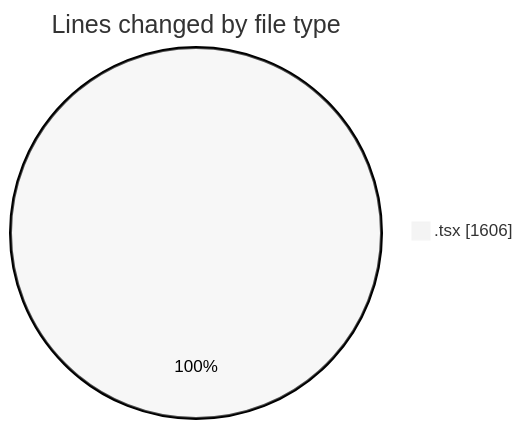
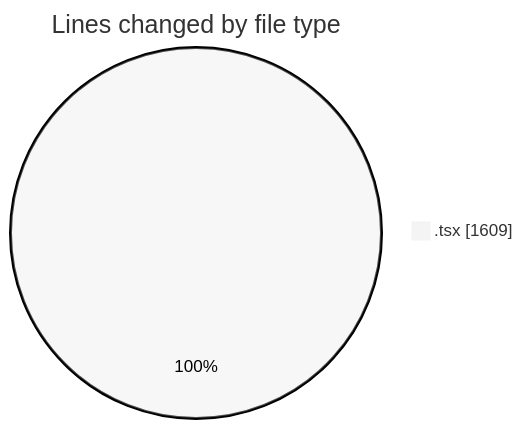
The first of 2 diagrams in 2025-06-12/cda/README.md (momahboobian/code-tracking), drawn with Mermaid (neutral theme) before and after one commit. The commit also changed other lines of this file and 1 other file, not shown here.

````diff
--- a/2025-06-12/cda/README.md
+++ b/2025-06-12/cda/README.md
@@ -22,5 +22,5 @@
 ```mermaid
 pie showData
 title Lines changed by file type
-".tsx" : 1606
+".tsx" : 1609
 ```
````
